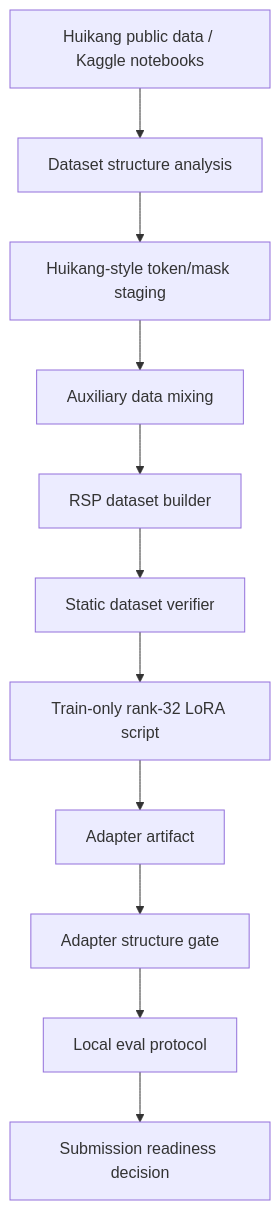
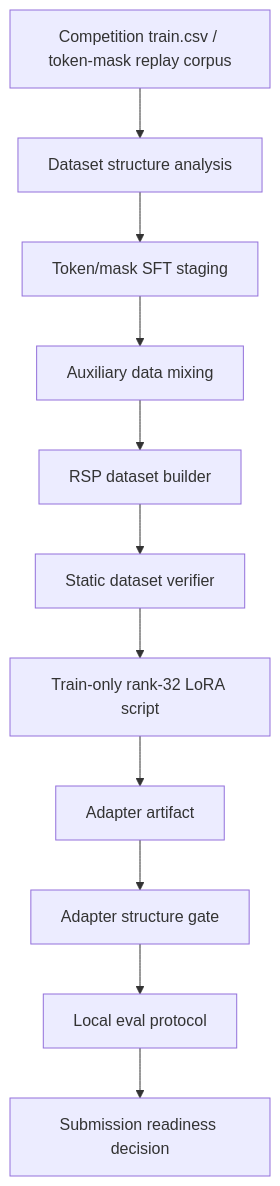
Before and after one commit to leegongman/nvidia-nemotron-reasoning: the diagram in README.md, drawn with Mermaid. The commit also changed other lines of this file and 17 other files, not shown here.

````diff
--- a/README.md
+++ b/README.md
@@ -66,13 +64,13 @@
 ```mermaid
 flowchart TD
-    A["Huikang public data / Kaggle notebooks"] --> B["Dataset structure analysis"]
-    B --> C["Huikang-style token/mask staging"]
+    A["Competition train.csv / token-mask replay corpus"] --> B["Dataset structure analysis"]
+    B --> C["Token/mask SFT staging"]
     C --> D["Auxiliary data mixing"]
     D --> E["RSP dataset builder"]
     E --> F["Static dataset verifier"]
     F --> G["Train-only rank-32 LoRA script"]
     G --> H["Adapter artifact"]
     H --> I["Adapter structure gate"]
     I --> J["Local eval protocol"]
     J --> K["Submission readiness decision"]
 ```
````
